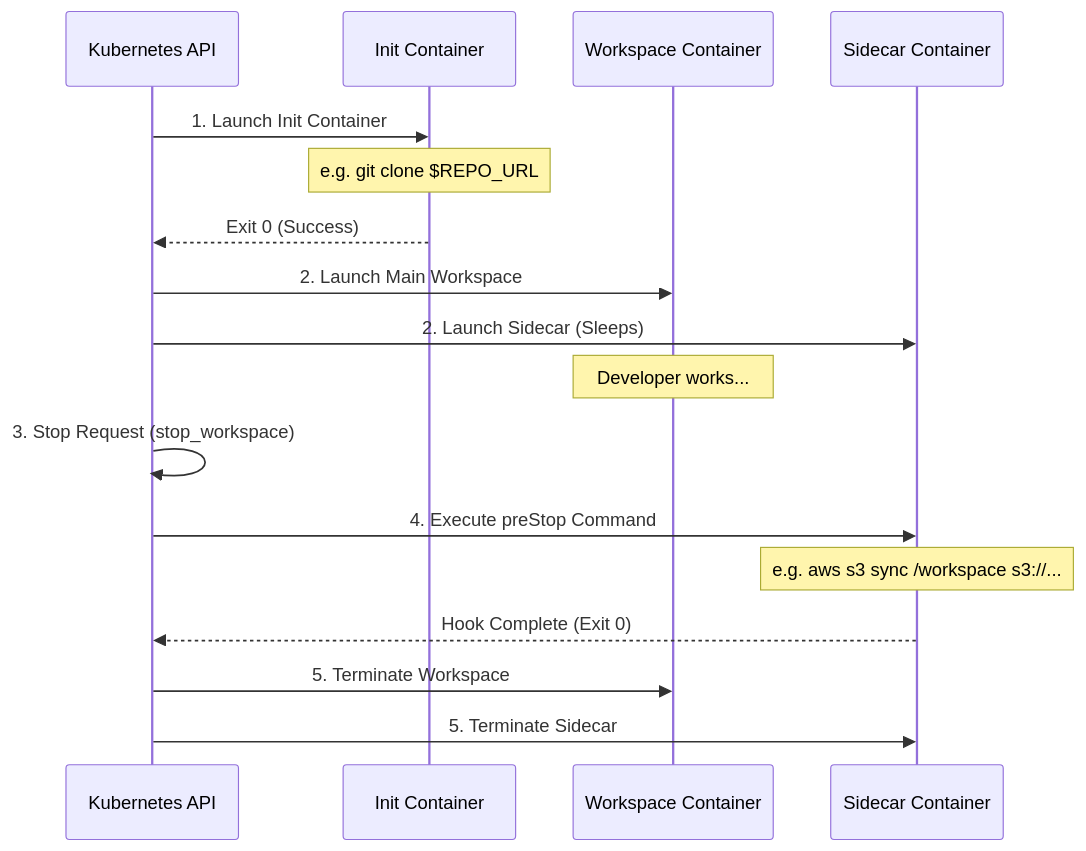
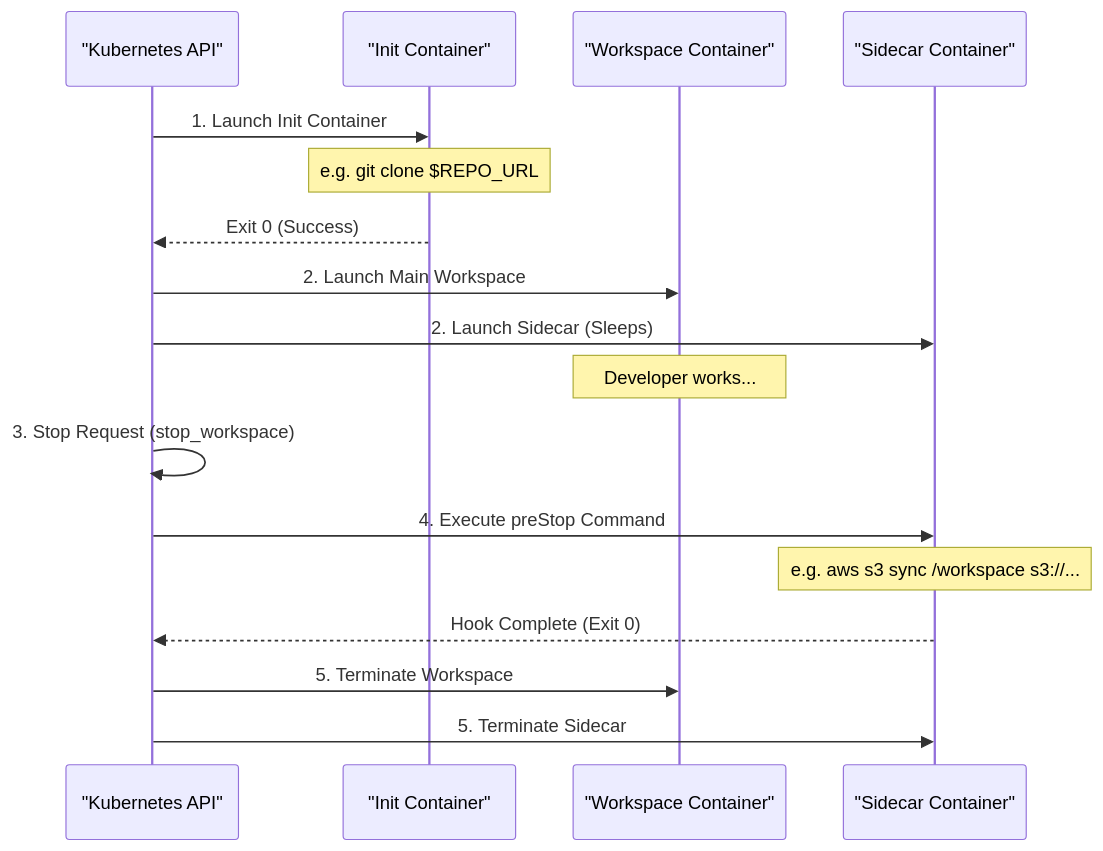
Before and after one commit to nogoo9/no-crd: the diagram in examples/README.md, drawn with Mermaid. The commit also changed 16 other files, not shown here.

First line of the commit message:
docs: fix mermaid syntax errors and add setup cheatsheet (#22)

````diff
--- a/examples/README.md
+++ b/examples/README.md
@@ -13,23 +13,23 @@
 ```mermaid
 sequenceDiagram
-    participant K8s as Kubernetes API
-    participant Init as Init Container
-    participant Main as Workspace Container
-    participant Sidecar as Sidecar Container
+    participant K8s as "Kubernetes API"
+    participant Init as "Init Container"
+    participant Main as "Workspace Container"
+    participant Sidecar as "Sidecar Container"
 
     K8s->>Init: 1. Launch Init Container
     Note over Init: e.g. git clone $REPO_URL
     Init-->>K8s: Exit 0 (Success)
     
     K8s->>Main: 2. Launch Main Workspace
     K8s->>Sidecar: 2. Launch Sidecar (Sleeps)
     Note over Main: Developer works...
 
     K8s->>K8s: 3. Stop Request (stop_workspace)
     K8s->>Sidecar: 4. Execute preStop Command
     Note over Sidecar: e.g. aws s3 sync /workspace s3://...
     Sidecar-->>K8s: Hook Complete (Exit 0)
     
     K8s->>Main: 5. Terminate Workspace
     K8s->>Sidecar: 5. Terminate Sidecar
 ```
````
